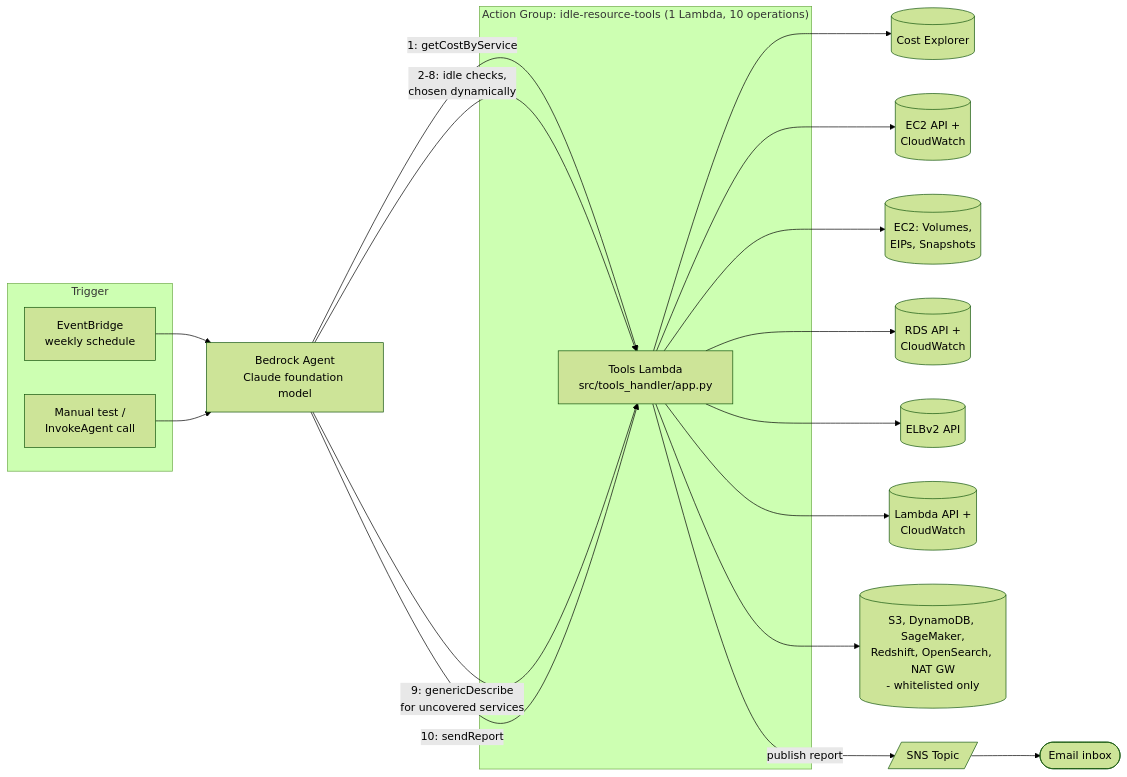
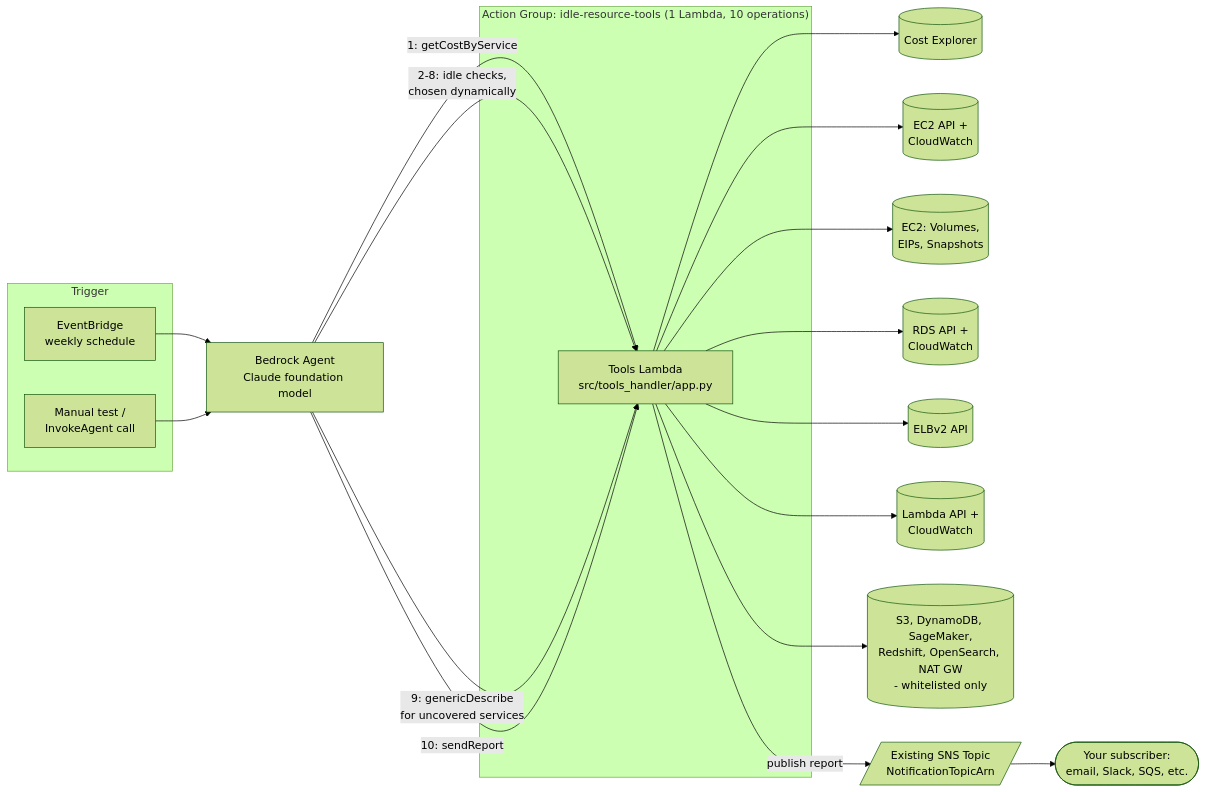
One commit to vd-2026/aws-idle-resource-agent changed the first of 2 diagrams in README.md. Above: the diagram before and after it, drawn with Mermaid (forest theme). The commit also changed other lines of this file and 3 other files, not shown here.

First line of the commit message:
Use existing SNS topic ARN instead of stack-managed email subscription

````diff
--- a/README.md
+++ b/README.md
@@ -51,41 +52,41 @@
 ```mermaid
 flowchart LR
     subgraph Trigger
         EB[EventBridge<br/>weekly schedule]
         User[Manual test /<br/>InvokeAgent call]
     end
 
     Agent[Bedrock Agent<br/>Claude foundation model]
 
     subgraph "Action Group: idle-resource-tools (1 Lambda, 10 operations)"
         L[Tools Lambda<br/>src/tools_handler/app.py]
     end
 
     CE[(Cost Explorer)]
     EC2[(EC2 API +<br/>CloudWatch)]
     EBSAPI[(EC2: Volumes,<br/>EIPs, Snapshots)]
     RDSAPI[(RDS API +<br/>CloudWatch)]
     ELBAPI[(ELBv2 API)]
     LambdaAPI[(Lambda API +<br/>CloudWatch)]
     GenericAPI[(S3, DynamoDB, SageMaker,<br/>Redshift, OpenSearch, NAT GW<br/>- whitelisted only)]
 
-    SNS[/SNS Topic/]
-    Email([Email inbox])
+    SNS[/Existing SNS Topic<br/>NotificationTopicArn/]
+    Subscriber([Your subscriber:<br/>email, Slack, SQS, etc.])
 
     EB --> Agent
     User --> Agent
     Agent -->|1: getCostByService| L
     Agent -->|2-8: idle checks,<br/>chosen dynamically| L
     Agent -->|9: genericDescribe<br/>for uncovered services| L
     Agent -->|10: sendReport| L
 
     L --> CE
     L --> EC2
     L --> EBSAPI
     L --> RDSAPI
     L --> ELBAPI
     L --> LambdaAPI
     L --> GenericAPI
     L -->|publish report| SNS
-    SNS --> Email
+    SNS --> Subscriber
 ```
````
